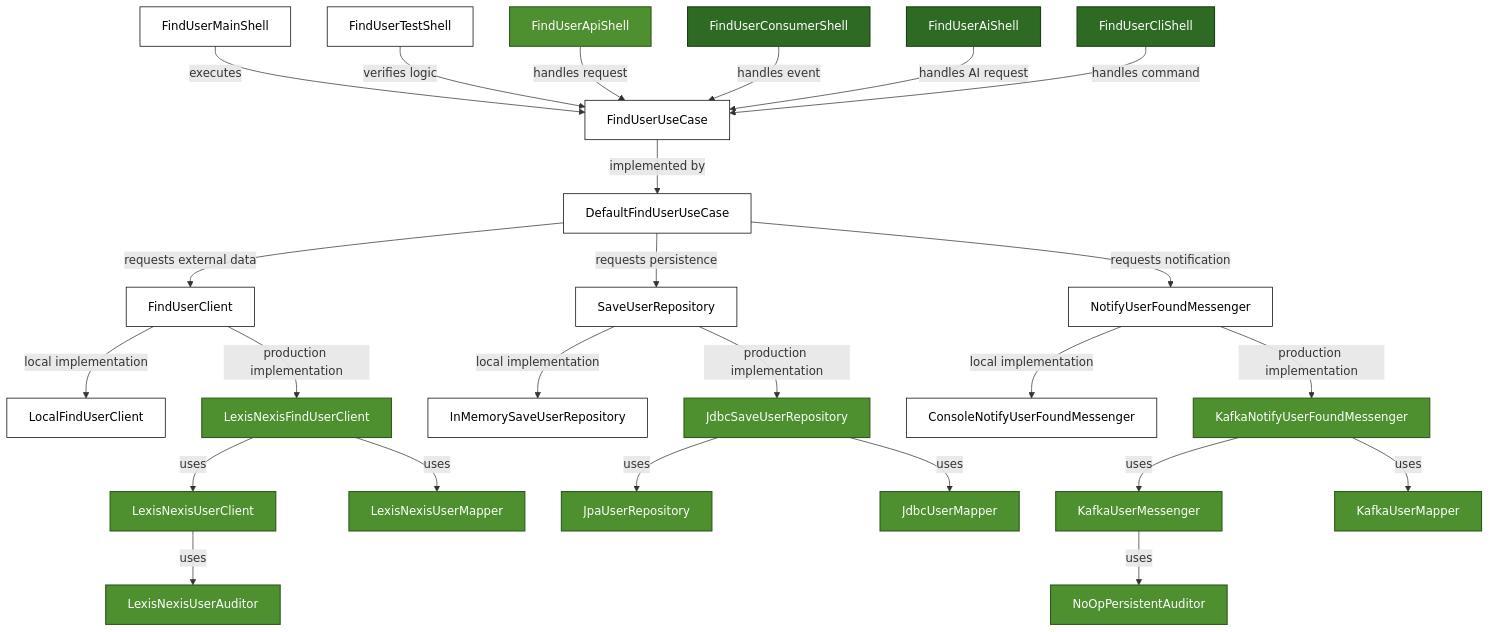
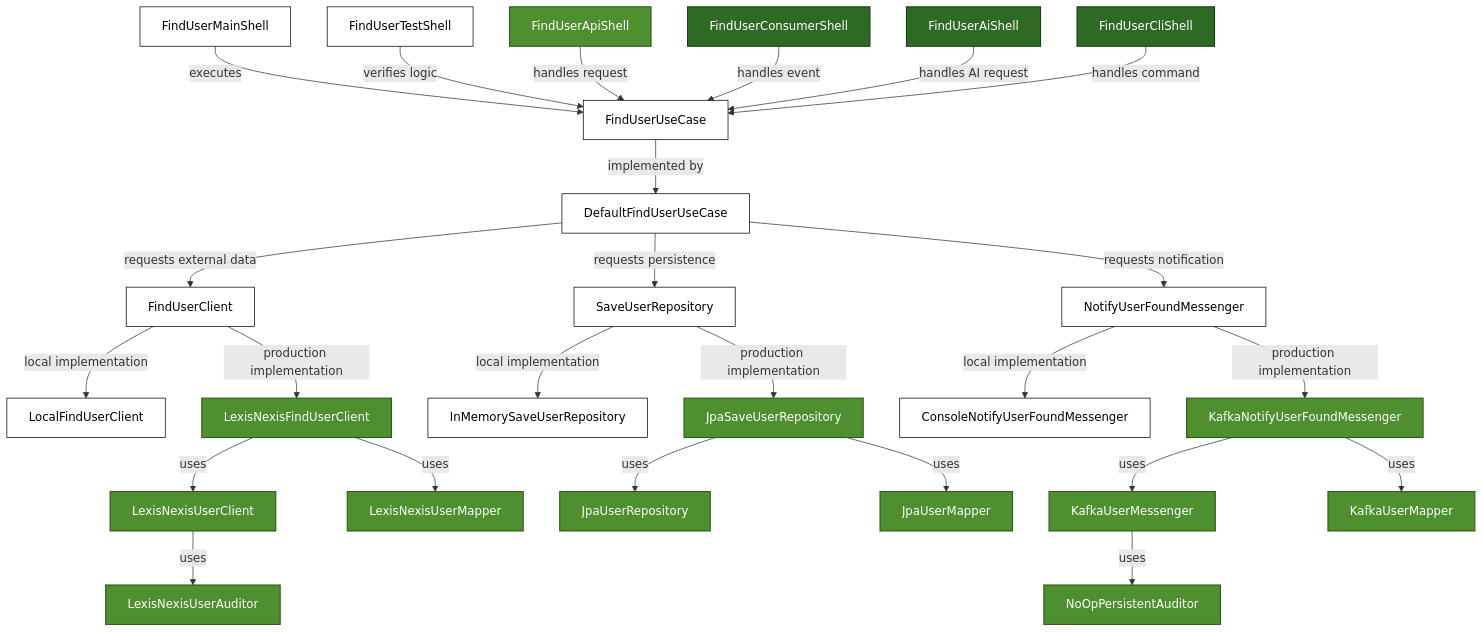
Before and after one commit to hermi-projects/hermi: the diagram in README.md, drawn with Mermaid. The commit also changed other lines of this file, not shown here.

Commit message:
refactor: rename Jdbc classes to Jpa for consistency in naming conventions

````diff
--- a/README.md
+++ b/README.md
@@ -665,65 +669,65 @@
 ```mermaid
 graph TD
     %% Main Shell
     S_Main[FindUserMainShell] -->|executes| U_UseCase
 
     %% JUnit Shell
     S_JUnit[FindUserTestShell] -->|verifies logic| U_UseCase
     
     %% API Shell
     S_Api[FindUserApiShell] -->|handles request| U_UseCase
 
     %% Consumer Shell
     S_Consumer[FindUserConsumerShell] -->|handles event| U_UseCase
 
     %% AI Shell
     S_Ai[FindUserAiShell] -->|handles AI request| U_UseCase
 
     %% CLI Shell
     S_Cli[FindUserCliShell] -->|handles command| U_UseCase
 
     %% Use Case Interface -> Default Implementation
     U_UseCase[FindUserUseCase] -->|implemented by| U_Default[DefaultFindUserUseCase]
     
     %% Default Implementation -> Contracts
     U_Default -->|requests external data| U_Client[FindUserClient]
     U_Default -->|requests persistence| U_Repo[SaveUserRepository]
     U_Default -->|requests notification| U_Messenger[NotifyUserFoundMessenger]
 
     %% Local Implementations
     U_Client -->|local implementation| A_LocalClient[LocalFindUserClient]
     U_Repo -->|local implementation| A_LocalRepo[InMemorySaveUserRepository]
     U_Messenger -->|local implementation| A_LocalMessenger[ConsoleNotifyUserFoundMessenger]
 
     %% Production Implementations
     U_Client -->|production implementation| A_ProdClient[LexisNexisFindUserClient]
     A_ProdClient -->|uses| A_VendorClient[LexisNexisUserClient]
     A_ProdClient -->|uses| A_VendorMapper[LexisNexisUserMapper]
     A_VendorClient -->|uses| A_ClientAuditor[LexisNexisUserAuditor]
 
-    U_Repo -->|production implementation| A_ProdRepo[JdbcSaveUserRepository]
+    U_Repo -->|production implementation| A_ProdRepo[JpaSaveUserRepository]
     A_ProdRepo -->|uses| A_VendorRepo[JpaUserRepository]
-    A_ProdRepo -->|uses| A_RepoMapper[JdbcUserMapper]
+    A_ProdRepo -->|uses| A_RepoMapper[JpaUserMapper]
 
     U_Messenger -->|production implementation| A_ProdMessenger[KafkaNotifyUserFoundMessenger]
     A_ProdMessenger -->|uses| A_VendorMessenger[KafkaUserMessenger]
     A_ProdMessenger -->|uses| A_MessengerMapper[KafkaUserMapper]
     A_VendorMessenger -->|uses| A_MessengerAuditor[NoOpPersistentAuditor]
 
     %% Styling
     classDef s_local fill:#FFFFFF,color:#000000,stroke:#000000,stroke-width:1px
     classDef s_api fill:#4E8F2F,color:#FFFFFF,stroke:#2F5A1C,stroke-width:1.5px
     classDef s_other fill:#2E6A24,color:#FFFFFF,stroke:#1B3F15,stroke-width:1.5px
     classDef core fill:#FFFFFF,color:#000000,stroke:#000000,stroke-width:1px
 
     %% Assign classes
     class S_Main,A_LocalClient,A_LocalRepo,A_LocalMessenger s_local
     class S_Api s_api
     class S_Consumer,S_Ai,S_Cli s_other
     class S_JUnit core
     class U_UseCase,U_Default,U_Client,U_Repo,U_Messenger core
     class A_ProdClient,A_ProdRepo,A_ProdMessenger s_api
     class A_VendorClient,A_VendorRepo,A_VendorMessenger s_api
     class A_VendorMapper,A_RepoMapper,A_MessengerMapper s_api
     class A_ClientAuditor,A_MessengerAuditor s_api
 ```
````
